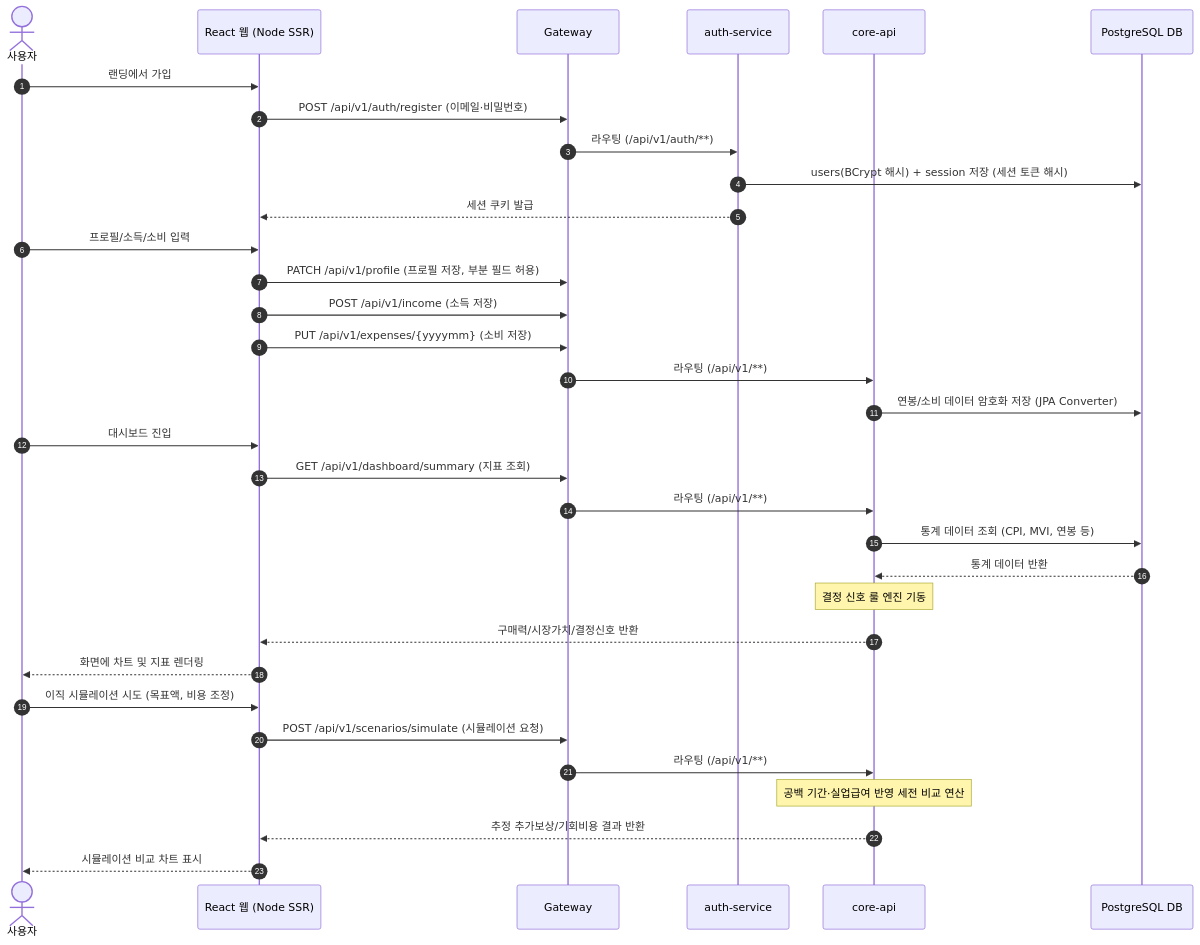
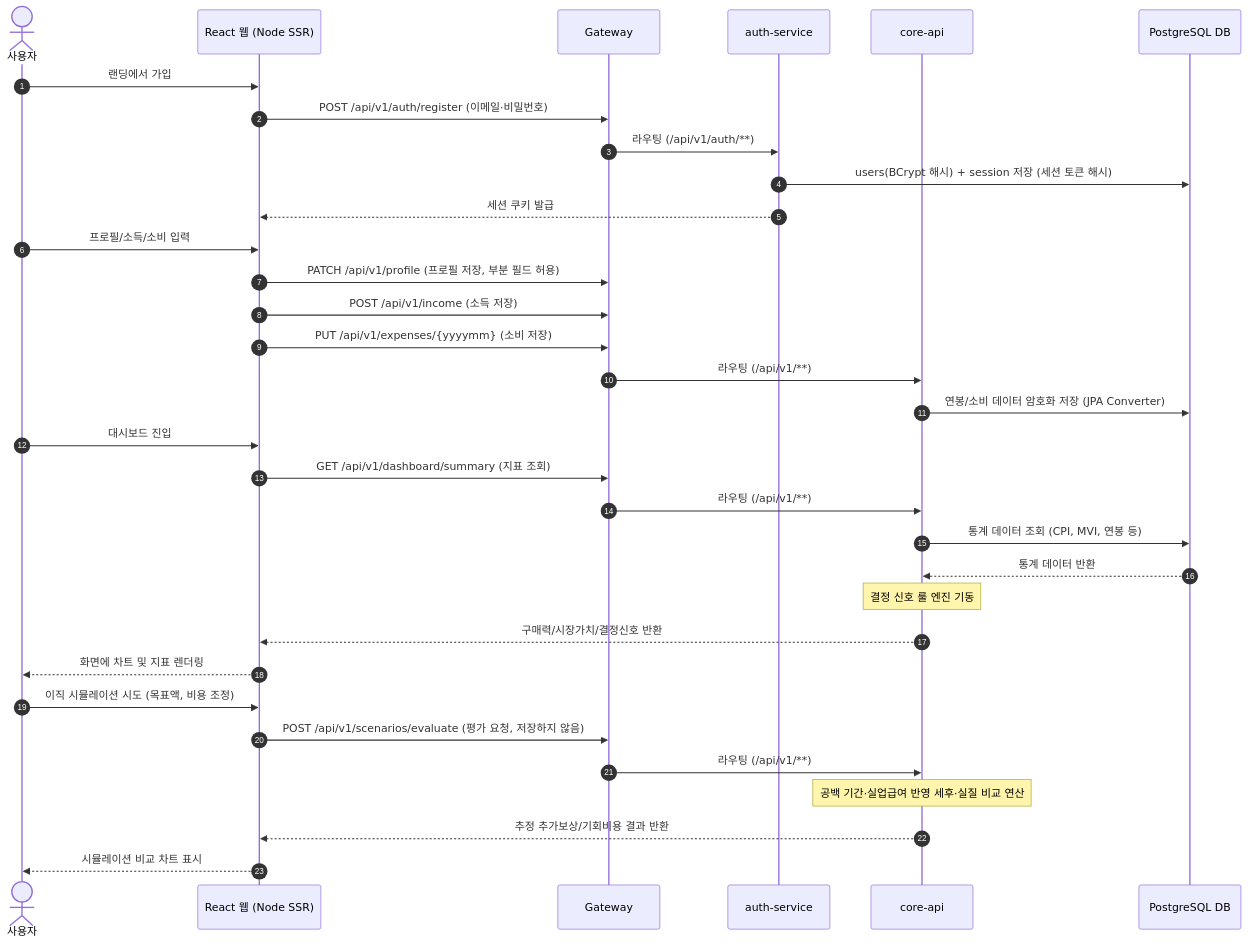
The fifth of 5 diagrams in docs/specs/data-architecture.md (SeoHyeokGyu/Carix), drawn with Mermaid before and after one commit. The commit also changed 26 other files, not shown here.

````diff
--- a/docs/specs/data-architecture.md
+++ b/docs/specs/data-architecture.md
@@ -429,36 +429,36 @@
 ```mermaid
 sequenceDiagram
     autonumber
     actor User as 사용자
     participant Web as React 웹 (Node SSR)
     participant GW as Gateway
     participant Auth as auth-service
     participant Core as core-api
     participant DB as PostgreSQL DB
 
     User->>Web: 랜딩에서 가입
     Web->>GW: POST /api/v1/auth/register (이메일·비밀번호)
     GW->>Auth: 라우팅 (/api/v1/auth/**)
     Auth->>DB: users(BCrypt 해시) + session 저장 (세션 토큰 해시)
     Auth-->>Web: 세션 쿠키 발급
     User->>Web: 프로필/소득/소비 입력
     Web->>GW: PATCH /api/v1/profile (프로필 저장, 부분 필드 허용)
     Web->>GW: POST /api/v1/income (소득 저장)
     Web->>GW: PUT /api/v1/expenses/{yyyymm} (소비 저장)
     GW->>Core: 라우팅 (/api/v1/**)
     Core->>DB: 연봉/소비 데이터 암호화 저장 (JPA Converter)
     User->>Web: 대시보드 진입
     Web->>GW: GET /api/v1/dashboard/summary (지표 조회)
     GW->>Core: 라우팅 (/api/v1/**)
     Core->>DB: 통계 데이터 조회 (CPI, MVI, 연봉 등)
     DB-->>Core: 통계 데이터 반환
     Note over Core: 결정 신호 룰 엔진 기동
     Core-->>Web: 구매력/시장가치/결정신호 반환
     Web-->>User: 화면에 차트 및 지표 렌더링
     User->>Web: 이직 시뮬레이션 시도 (목표액, 비용 조정)
-    Web->>GW: POST /api/v1/scenarios/simulate (시뮬레이션 요청)
+    Web->>GW: POST /api/v1/scenarios/evaluate (평가 요청, 저장하지 않음)
     GW->>Core: 라우팅 (/api/v1/**)
-    Note over Core: 공백 기간·실업급여 반영 세전 비교 연산
+    Note over Core: 공백 기간·실업급여 반영 세후·실질 비교 연산
     Core-->>Web: 추정 추가보상/기회비용 결과 반환
     Web-->>User: 시뮬레이션 비교 차트 표시
 ```
````
